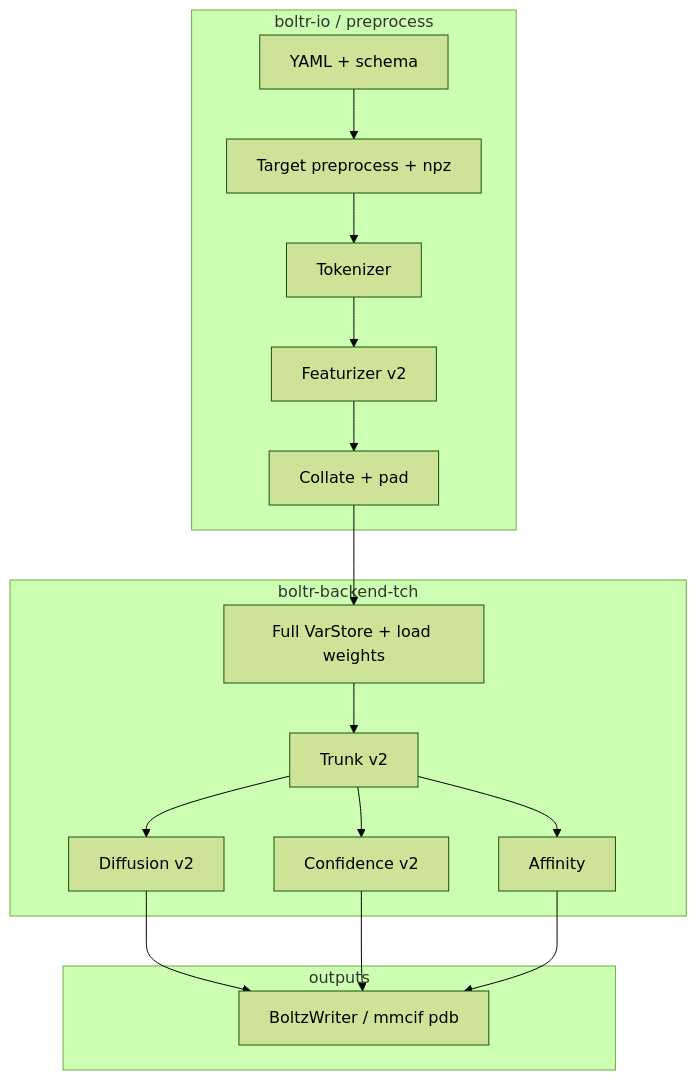
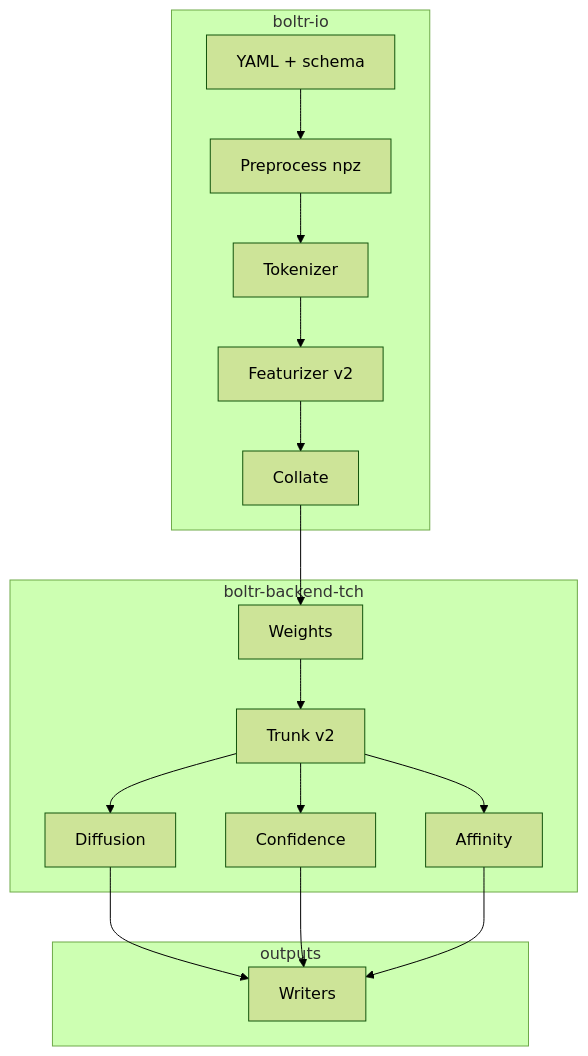
The diagram in TODO.md (SampleBias/Boltr), drawn with Mermaid (forest theme) before and after one commit. The commit also changed other lines of this file and 4 other files, not shown here.

````diff
--- a/TODO.md
+++ b/TODO.md
@@ -37,32 +25,24 @@
 ```mermaid
 flowchart TB
-  subgraph io [boltr-io / preprocess]
+  subgraph io [boltr-io]
     YAML[YAML + schema]
-    Prep[Target preprocess + npz]
+    Prep[Preprocess npz]
     Tok[Tokenizer]
     Feat[Featurizer v2]
-    Coll[Collate + pad]
+    Coll[Collate]
   end
   subgraph be [boltr-backend-tch]
-    Load[Full VarStore + load weights]
+    Load[Weights]
     Trunk[Trunk v2]
-    Diff[Diffusion v2]
-    Conf[Confidence v2]
+    Diff[Diffusion]
+    Conf[Confidence]
     Aff[Affinity]
   end
   subgraph out [outputs]
-    W[BoltzWriter / mmcif pdb]
+    W[Writers]
   end
-  YAML --> Prep
-  Prep --> Tok
-  Tok --> Feat
-  Feat --> Coll
-  Coll --> Load
-  Load --> Trunk
-  Trunk --> Diff
-  Trunk --> Conf
-  Trunk --> Aff
-  Diff --> W
-  Conf --> W
-  Aff --> W
+  YAML --> Prep --> Tok --> Feat --> Coll --> Load --> Trunk
+  Trunk --> Diff --> W
+  Trunk --> Conf --> W
+  Trunk --> Aff --> W
 ```
````
